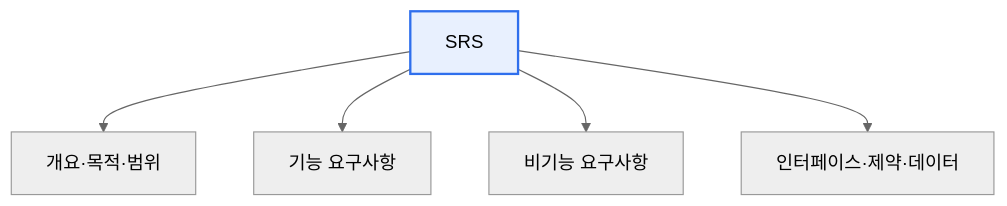
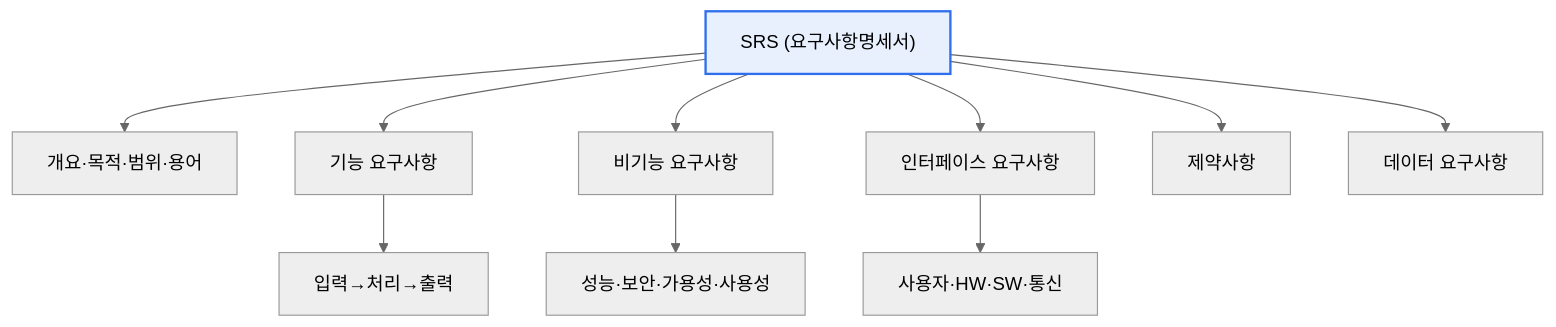
One commit to coninggu/wjdqhrhksflrltnftk changed the first of 2 diagrams in content/requirements-specification.md. Above: the diagram before and after it, drawn with Mermaid (neutral theme). The commit also changed other lines of this file and 3 other files, not shown here.

First line of the commit message:
Deepen 요구사항명세서(SRS)의 기술 항목, 소프트웨어 정의 네트워크(SDN) (auto)

````diff
--- a/content/requirements-specification.md
+++ b/content/requirements-specification.md
@@ -15,8 +21,13 @@
 ```mermaid
 flowchart TB
-  S[SRS] --> I[개요·목적·범위]
-  S --> F[기능 요구사항]
-  S --> N[비기능 요구사항]
-  S --> C[인터페이스·제약·데이터]
+  S["SRS (요구사항명세서)"] --> I["개요·목적·범위·용어"]
+  S --> F["기능 요구사항"]
+  S --> N["비기능 요구사항"]
+  S --> IF["인터페이스 요구사항"]
+  S --> C["제약사항"]
+  S --> D["데이터 요구사항"]
+  F --> F1["입력→처리→출력"]
+  N --> N1["성능·보안·가용성·사용성"]
+  IF --> IF1["사용자·HW·SW·통신"]
   style S fill:#e8f0fe,stroke:#2f6fed,stroke-width:2px
 ```
````
